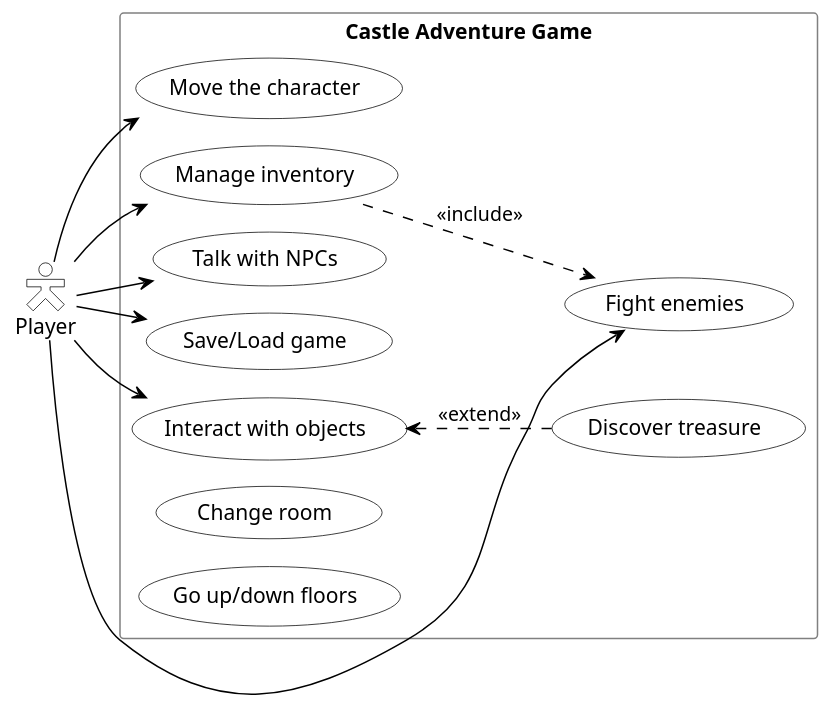
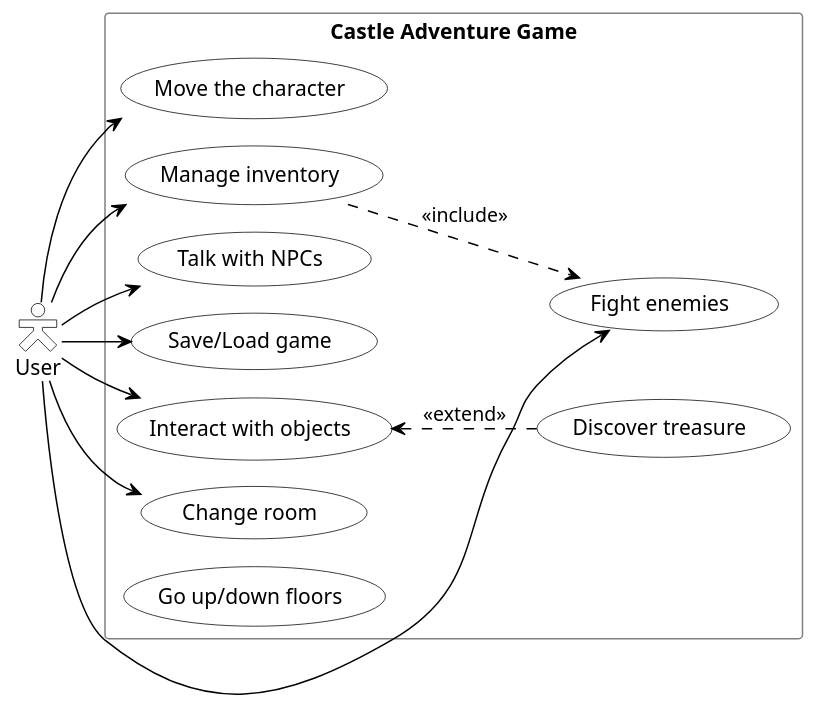
One commit to imagarchive/4MMACOL changed the diagram in docs/uml/usecase.d/usecase.puml. Above: the diagram before and after it, drawn with PlantUML. The commit also changed 3 other files, not shown here.

Commit message:
fix: changed player to user

```diff
--- a/docs/uml/usecase.d/usecase.puml
+++ b/docs/uml/usecase.d/usecase.puml
@@ -1,39 +1,40 @@
 @startuml
 !pragma layout smetana
 
 skinparam shadowing false
 skinparam usecaseArrowColor black
 skinparam usecaseBackgroundColor white
 skinparam usecaseBorderColor black
 skinparam actorBackgroundColor white
 skinparam actorBorderColor black
 skinparam rectangleBorderColor gray
 
 left to right direction
 skinparam actorStyle hollow
 
-actor "Player" as player
+actor "User" as user
 rectangle "Castle Adventure Game" {
   ' Purposely positioning similar to the image
   usecase "Move the character" as UC1
   usecase "Manage inventory" as UC4
   usecase "Talk with NPCs" as UC5
   usecase "Save/Load game" as UC9
   usecase "Fight enemies" as UC3
   usecase "Interact with objects" as UC2
   usecase "Discover treasure" as UC8
   usecase "Change room" as UC6
   usecase "Go up/down floors" as UC7
 
   UC4 ..> UC3 : <<include>>
   UC2 <.. UC8 : <<extend>>
 }
 
-player --> UC4
-player --> UC5
-player --> UC9
-player --> UC3
-player --> UC2
+user --> UC4
+user --> UC5
+user --> UC9
+user --> UC3
+user --> UC2
+user --> UC1
+user --> UC6
 
-player --> UC1
 @enduml
```
